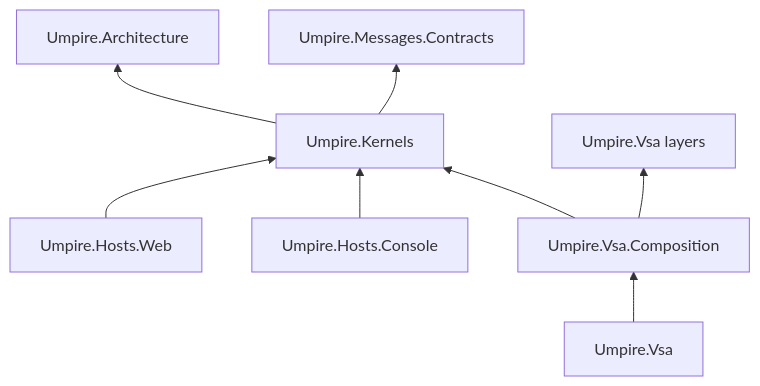
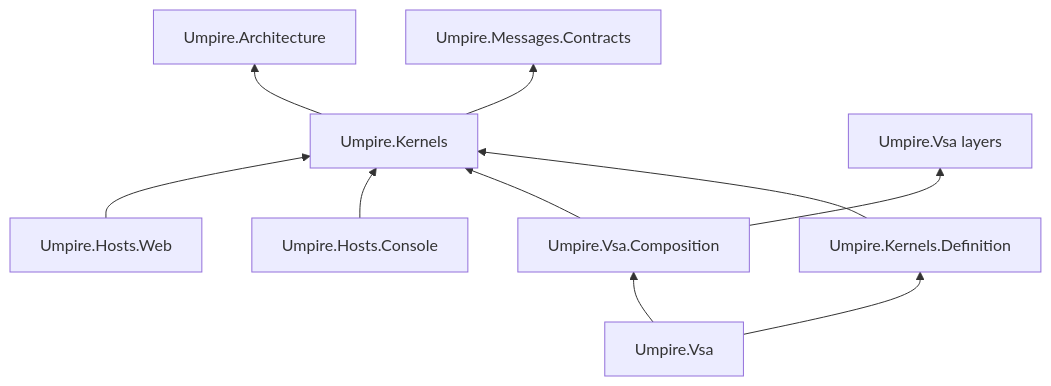
One commit to MgCohen/vsa-template changed the diagram in docs/composition.md. Above: the diagram before and after it, drawn with Mermaid. The commit also changed other lines of this file and 35 other files, not shown here.

````diff
--- a/docs/composition.md
+++ b/docs/composition.md
@@ -464,10 +465,12 @@
 ```mermaid
 flowchart BT
     Kernel["Umpire.Kernels"] --> Definition["Umpire.Architecture"]
     Kernel --> Contracts["Umpire.Messages.Contracts"]
     Web["Umpire.Hosts.Web"] --> Kernel
     Console["Umpire.Hosts.Console"] --> Kernel
     Composition["Umpire.Vsa.Composition"] --> Kernel
     Composition --> Layers["Umpire.Vsa layers"]
     VsaDefinition["Umpire.Vsa"] --> Composition
+    VsaDefinition --> KernelDefinition["Umpire.Kernels.Definition"]
+    KernelDefinition --> Kernel
 ```
````
